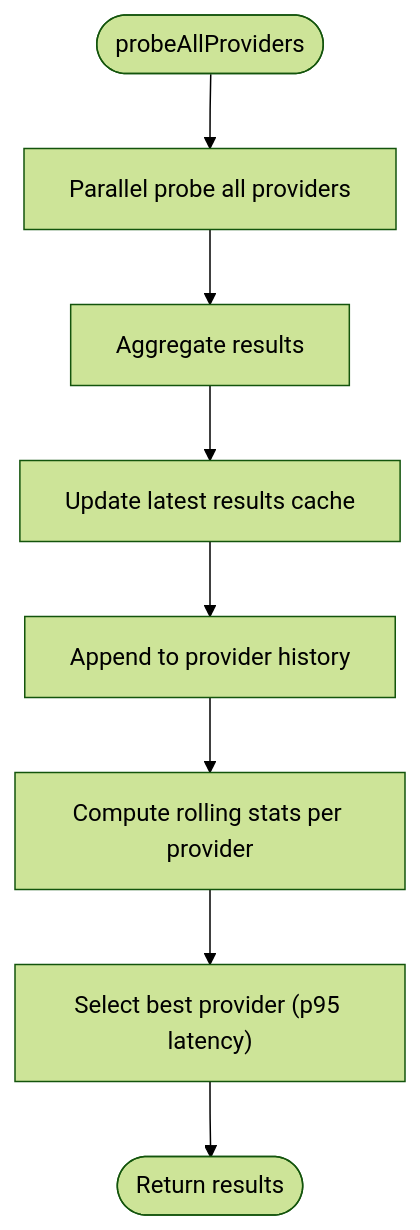
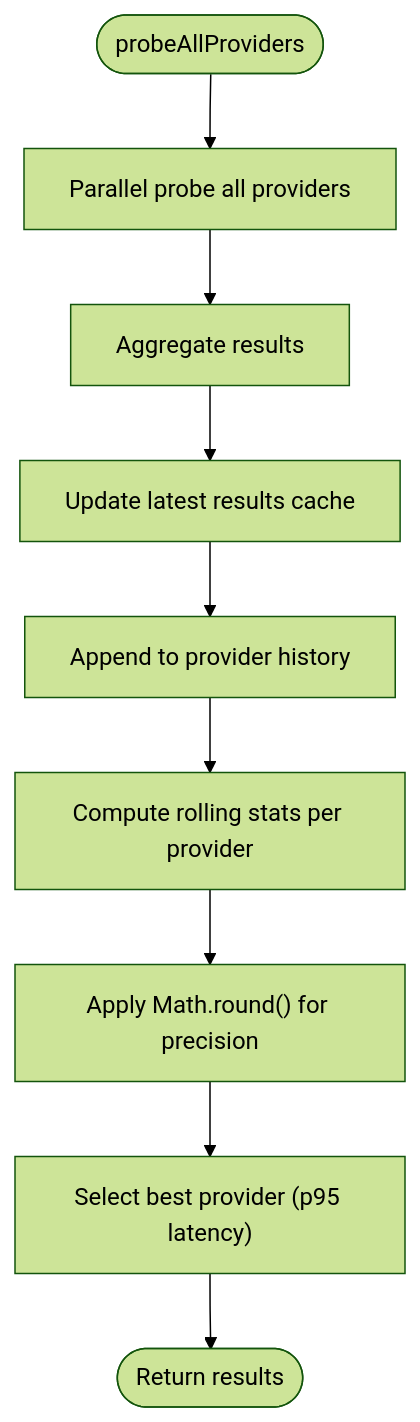
The third of 7 diagrams in .qoder/repowiki/en/content/Backend Architecture/Service Layer Architecture/RPC Prober Service.md (RunTimeAdmin/InfraWatch), drawn with Mermaid (forest theme) before and after one commit. The commit also changed other lines of this file and 105 other files, not shown here.

Commit message:
chore: repo cleanup — remove build artifacts, update roadmap, add probe jitter

````diff
--- a/.qoder/repowiki/en/content/Backend Architecture/Service Layer Architecture/RPC Prober Service.md
+++ b/.qoder/repowiki/en/content/Backend Architecture/Service Layer Architecture/RPC Prober Service.md
@@ -172,10 +181,11 @@
 ```mermaid
 flowchart TD
 Start(["probeAllProviders"]) --> Parallel["Parallel probe all providers"]
 Parallel --> Aggregate["Aggregate results"]
 Aggregate --> UpdateCache["Update latest results cache"]
 UpdateCache --> UpdateHistory["Append to provider history"]
 UpdateHistory --> Stats["Compute rolling stats per provider"]
-Stats --> Best["Select best provider (p95 latency)"]
+Stats --> Precision["Apply Math.round() for precision"]
+Precision --> Best["Select best provider (p95 latency)"]
 Best --> End(["Return results"])
 ```
````
